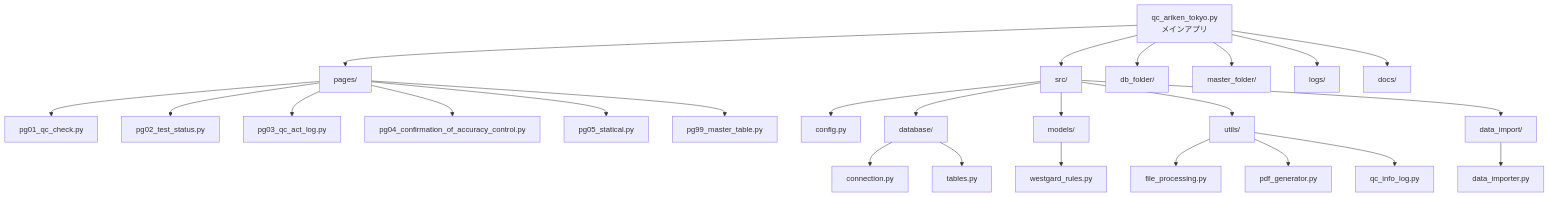
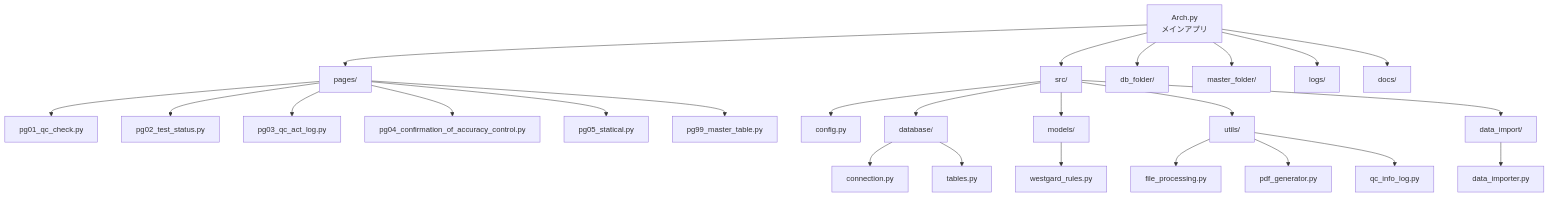
The first of 2 diagrams in docs/archive/project_specification.md (takashi-oi/qc_ariken_tpkyo), drawn with Mermaid before and after one commit. The commit also changed other lines of this file and 35 other files, not shown here.

````diff
--- a/docs/archive/project_specification.md
+++ b/docs/archive/project_specification.md
@@ -5,30 +5,30 @@
 ```mermaid
 graph TD
-    A[qc_ariken_tokyo.py<br/>メインアプリ] --> B[pages/]
+    A[Arch.py<br/>メインアプリ] --> B[pages/]
     A --> C[src/]
     A --> D[db_folder/]
     A --> E[master_folder/]
     A --> F[logs/]
     A --> G[docs/]
 
     B --> B1[pg01_qc_check.py]
     B --> B2[pg02_test_status.py]
     B --> B3[pg03_qc_act_log.py]
     B --> B4[pg04_confirmation_of_accuracy_control.py]
     B --> B5[pg05_statical.py]
     B --> B6[pg99_master_table.py]
 
     C --> C1[config.py]
     C --> C2[database/]
     C --> C3[models/]
     C --> C4[utils/]
     C --> C5[data_import/]
 
     C2 --> C2A[connection.py]
     C2 --> C2B[tables.py]
     C3 --> C3A[westgard_rules.py]
     C4 --> C4A[file_processing.py]
     C4 --> C4B[pdf_generator.py]
     C4 --> C4C[qc_info_log.py]
     C5 --> C5A[data_importer.py]
 ```
````
